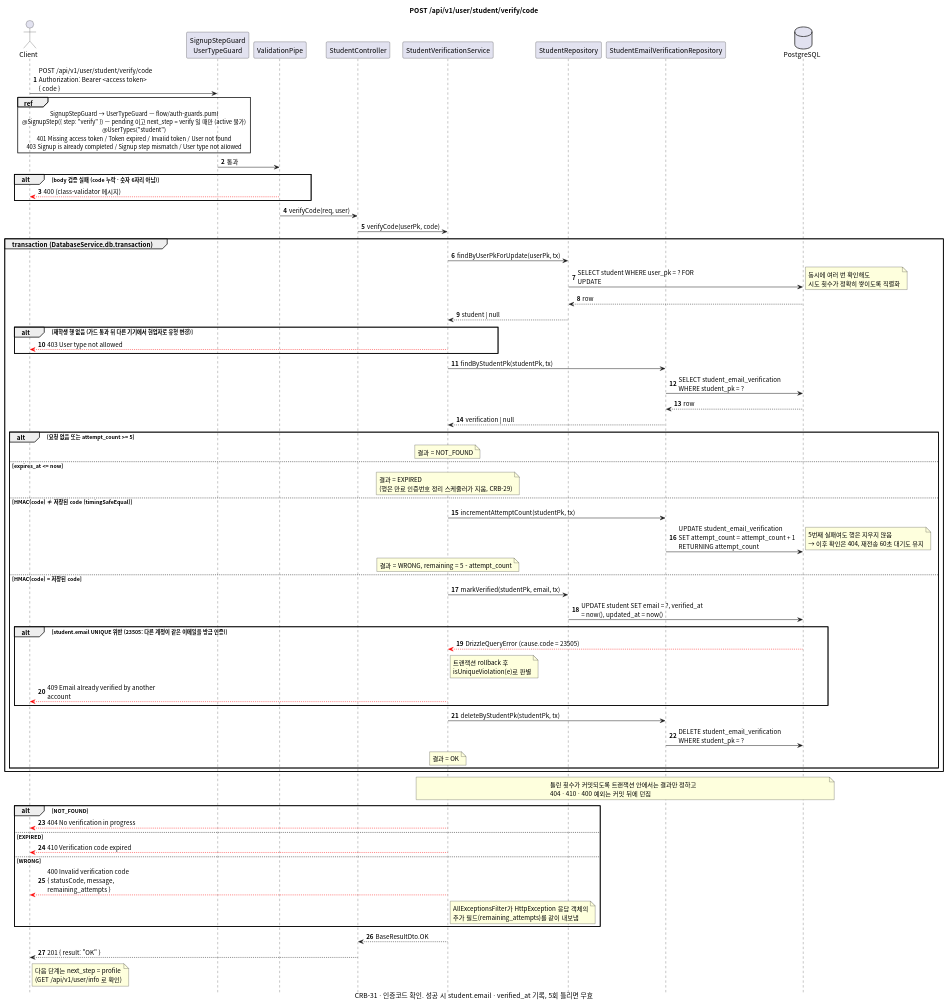
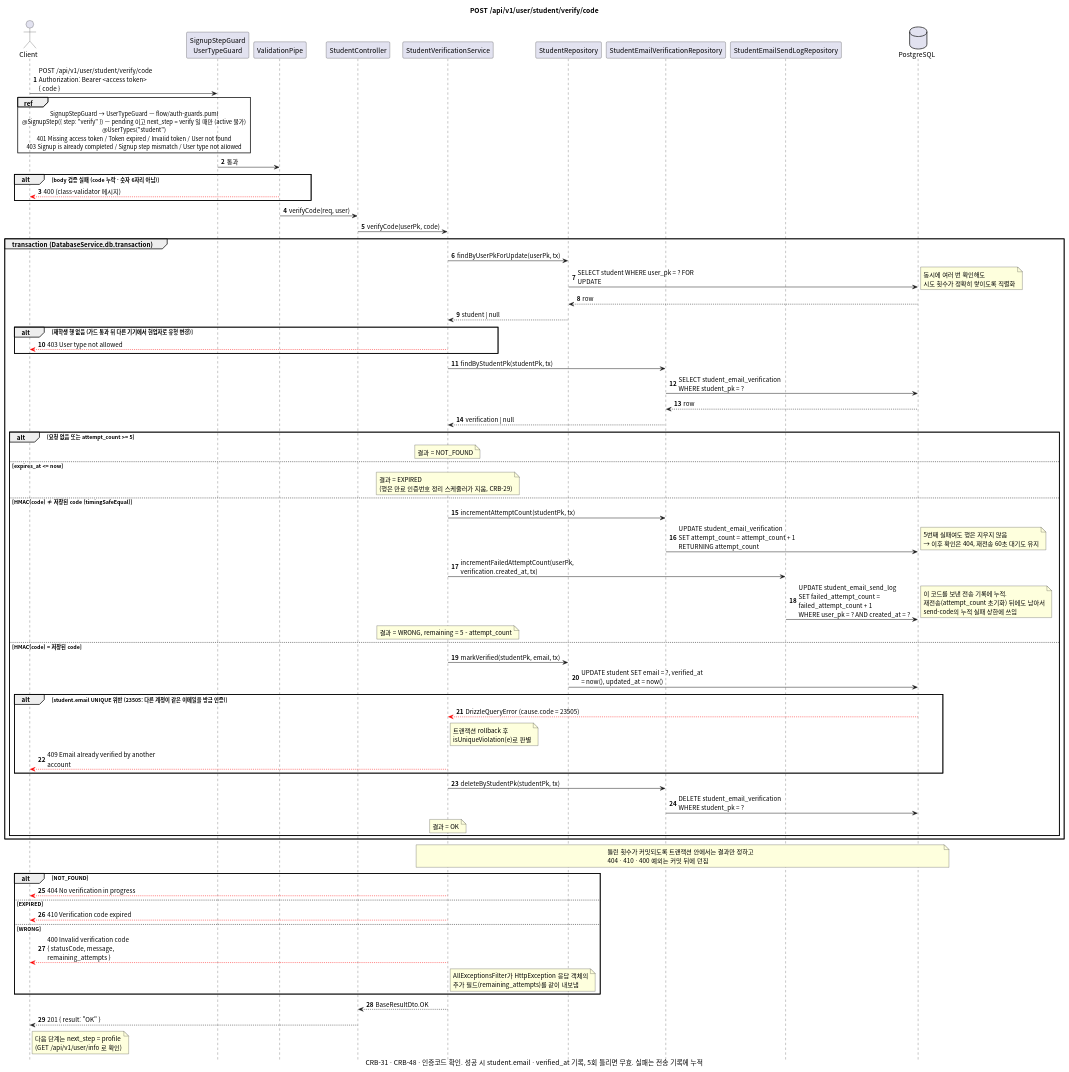
Before and after one commit to gsainfoteam/cheers-be: the diagram in docs/sequence/student/post-verify-code.puml, drawn with PlantUML. The commit also changed 13 other files, not shown here.

Commit message:
- feat: limit gist email verification sends per user and email (CRB-48)

```diff
--- a/docs/sequence/student/post-verify-code.puml
+++ b/docs/sequence/student/post-verify-code.puml
@@ -1,99 +1,107 @@
 @startuml post-verify-code
 skinparam defaultFontName "Apple SD Gothic Neo", "Noto Sans CJK KR", sans-serif
 skinparam responseMessageBelowArrow true
 skinparam sequenceMessageAlign left
 skinparam maxMessageSize 260
 skinparam BoxPadding 8
 skinparam shadowing false
 autonumber
 hide footbox
 
 title POST /api/v1/user/student/verify/code
-caption CRB-31 · 인증코드 확인. 성공 시 student.email · verified_at 기록, 5회 틀리면 무효
+caption CRB-31 · CRB-48 · 인증코드 확인. 성공 시 student.email · verified_at 기록, 5회 틀리면 무효. 실패는 전송 기록에 누적
 
 actor Client
 participant "SignupStepGuard\nUserTypeGuard" as Guard
 participant "ValidationPipe" as Pipe
 participant "StudentController" as Controller
 participant "StudentVerificationService" as Service
 participant "StudentRepository" as StudentRepository
 participant "StudentEmailVerificationRepository" as VerificationRepository
+participant "StudentEmailSendLogRepository" as SendLogRepository
 database PostgreSQL
 
 Client -> Guard: POST /api/v1/user/student/verify/code\nAuthorization: Bearer <access token>\n{ code }
 ref over Client, Guard
   SignupStepGuard → UserTypeGuard — flow/auth-guards.puml
   @SignupStep({ step: "verify" }) — pending 이고 next_step = verify 일 때만 (active 불가)
   @UserTypes("student")
   401 Missing access token / Token expired / Invalid token / User not found
   403 Signup is already completed / Signup step mismatch / User type not allowed
 end ref
 Guard -> Pipe: 통과
 alt body 검증 실패 (code 누락 · 숫자 6자리 아님)
   Pipe -[#red]-> Client: 400 (class-validator 메시지)
 end
 Pipe -> Controller: verifyCode(req, user)
 Controller -> Service: verifyCode(userPk, code)
 
 group transaction (DatabaseService.db.transaction)
   Service -> StudentRepository: findByUserPkForUpdate(userPk, tx)
   StudentRepository -> PostgreSQL: SELECT student WHERE user_pk = ? FOR UPDATE
   note right: 동시에 여러 번 확인해도\n시도 횟수가 정확히 쌓이도록 직렬화
   PostgreSQL --> StudentRepository: row
   StudentRepository --> Service: student | null
   alt 재학생 행 없음 (가드 통과 뒤 다른 기기에서 현업자로 유형 변경)
     Service -[#red]-> Client: 403 User type not allowed
   end
 
   Service -> VerificationRepository: findByStudentPk(studentPk, tx)
   VerificationRepository -> PostgreSQL: SELECT student_email_verification WHERE student_pk = ?
   PostgreSQL --> VerificationRepository: row
   VerificationRepository --> Service: verification | null
 
   alt 요청 없음 또는 attempt_count >= 5
     note over Service: 결과 = NOT_FOUND
   else expires_at <= now
     note over Service: 결과 = EXPIRED\n(행은 만료 인증번호 정리 스케줄러가 지움, CRB-29)
   else HMAC(code) ≠ 저장된 code (timingSafeEqual)
     Service -> VerificationRepository: incrementAttemptCount(studentPk, tx)
     VerificationRepository -> PostgreSQL: UPDATE student_email_verification\nSET attempt_count = attempt_count + 1 RETURNING attempt_count
     note right
       5번째 실패여도 행은 지우지 않음
       → 이후 확인은 404, 재전송 60초 대기도 유지
     end note
+    Service -> SendLogRepository: incrementFailedAttemptCount(userPk, verification.created_at, tx)
+    SendLogRepository -> PostgreSQL: UPDATE student_email_send_log\nSET failed_attempt_count = failed_attempt_count + 1\nWHERE user_pk = ? AND created_at = ?
+    note right
+      이 코드를 보낸 전송 기록에 누적.
+      재전송(attempt_count 초기화) 뒤에도 남아서
+      send-code의 누적 실패 상한에 쓰임
+    end note
     note over Service: 결과 = WRONG, remaining = 5 - attempt_count
   else HMAC(code) = 저장된 code
     Service -> StudentRepository: markVerified(studentPk, email, tx)
     StudentRepository -> PostgreSQL: UPDATE student SET email = ?, verified_at = now(), updated_at = now()
     alt student.email UNIQUE 위반 (23505: 다른 계정이 같은 이메일을 방금 인증)
       PostgreSQL -[#red]-> Service: DrizzleQueryError (cause.code = 23505)
       note right of Service: 트랜잭션 rollback 후\nisUniqueViolation(e)로 판별
       Service -[#red]-> Client: 409 Email already verified by another account
     end
     Service -> VerificationRepository: deleteByStudentPk(studentPk, tx)
     VerificationRepository -> PostgreSQL: DELETE student_email_verification WHERE student_pk = ?
     note over Service: 결과 = OK
   end
 end
 note over Service, PostgreSQL
   틀린 횟수가 커밋되도록 트랜잭션 안에서는 결과만 정하고
   404 · 410 · 400 예외는 커밋 뒤에 던짐
 end note
 
 alt NOT_FOUND
   Service -[#red]-> Client: 404 No verification in progress
 else EXPIRED
   Service -[#red]-> Client: 410 Verification code expired
 else WRONG
   Service -[#red]-> Client: 400 Invalid verification code\n{ statusCode, message, remaining_attempts }
   note right of Service
     AllExceptionsFilter가 HttpException 응답 객체의
     추가 필드(remaining_attempts)를 같이 내보냄
   end note
 end
 
 Service --> Controller: BaseResultDto.OK
 Controller --> Client: 201 { result: "OK" }
 note right of Client: 다음 단계는 next_step = profile\n(GET /api/v1/user/info 로 확인)
 
 @enduml
```
